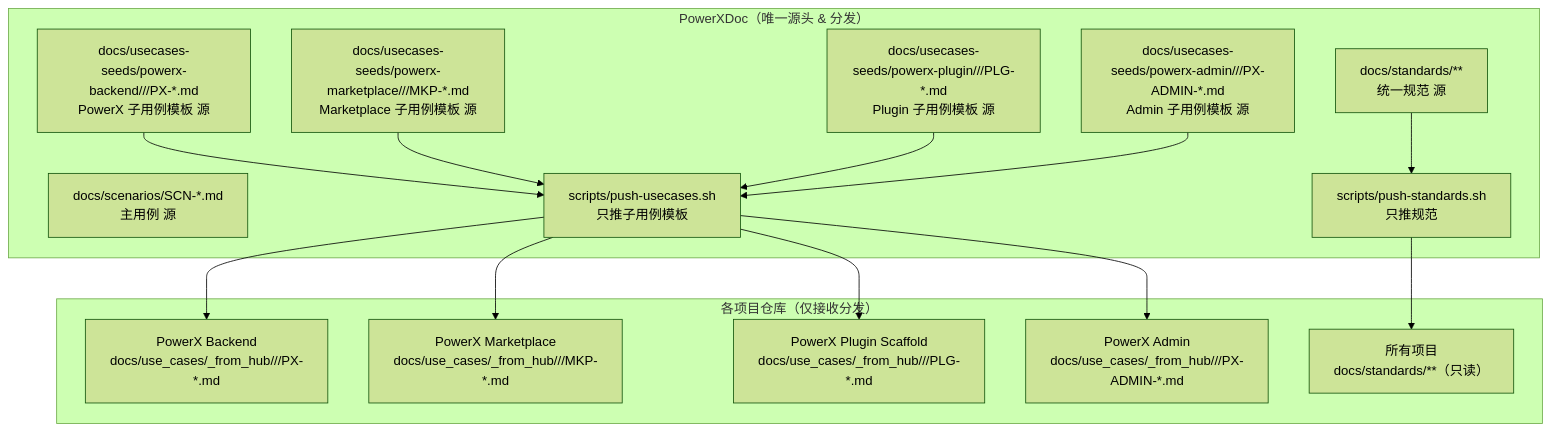
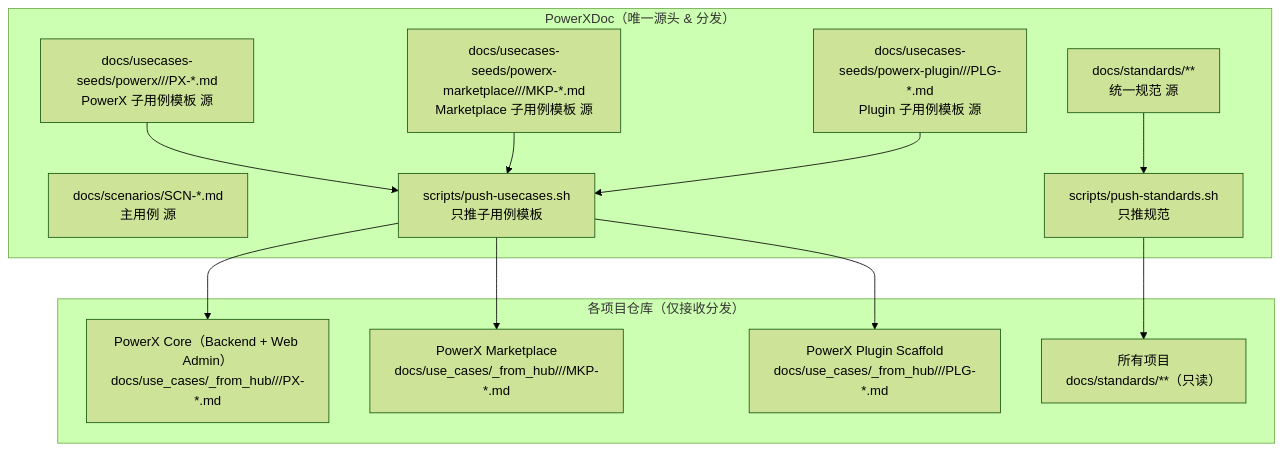
One commit to ArtisanCloud/PowerXDoc changed the first of 3 diagrams in docs/meta/cross-repo-documentation.md. Above: the diagram before and after it, drawn with Mermaid (forest theme). The commit also changed other lines of this file and 224 other files, not shown here.

````diff
--- a/docs/meta/cross-repo-documentation.md
+++ b/docs/meta/cross-repo-documentation.md
@@ -34,24 +33,22 @@
 ```mermaid
 flowchart TD
   subgraph Center["PowerXDoc（唯一源头 & 分发）"]
     S1["docs/scenarios/SCN-*.md<br/>主用例 源"]
-    U1["docs/usecases-seeds/powerx-backend/<layer>/<domain>/PX-*.md<br/>PowerX 子用例模板 源"]
+    U1["docs/usecases-seeds/powerx/<layer>/<domain>/PX-*.md<br/>PowerX 子用例模板 源"]
     U2["docs/usecases-seeds/powerx-marketplace/<layer>/<domain>/MKP-*.md<br/>Marketplace 子用例模板 源"]
     U3["docs/usecases-seeds/powerx-plugin/<layer>/<domain>/PLG-*.md<br/>Plugin 子用例模板 源"]
-    U4["docs/usecases-seeds/powerx-admin/<layer>/<domain>/PX-ADMIN-*.md<br/>Admin 子用例模板 源"]
     T1["docs/standards/**<br/>统一规范 源"]
     P1["scripts/push-usecases.sh<br/>只推子用例模板"]
     P2["scripts/push-standards.sh<br/>只推规范"]
   end
 
   subgraph Repos["各项目仓库（仅接收分发）"]
-    R1["PowerX Backend<br/>docs/use_cases/_from_hub/<layer>/<domain>/PX-*.md"]
+    R1["PowerX Core（Backend + Web Admin）<br/>docs/use_cases/_from_hub/<layer>/<domain>/PX-*.md"]
     R2["PowerX Marketplace<br/>docs/use_cases/_from_hub/<layer>/<domain>/MKP-*.md"]
     R3["PowerX Plugin Scaffold<br/>docs/use_cases/_from_hub/<layer>/<domain>/PLG-*.md"]
-    R4["PowerX Admin<br/>docs/use_cases/_from_hub/<layer>/<domain>/PX-ADMIN-*.md"]
     RS["所有项目<br/>docs/standards/**（只读）"]
   end
 
-  U1 & U2 & U3 & U4 --> P1 --> R1 & R2 & R3 & R4
+  U1 & U2 & U3 --> P1 --> R1 & R2 & R3
   T1 --> P2 --> RS
 ```
````
